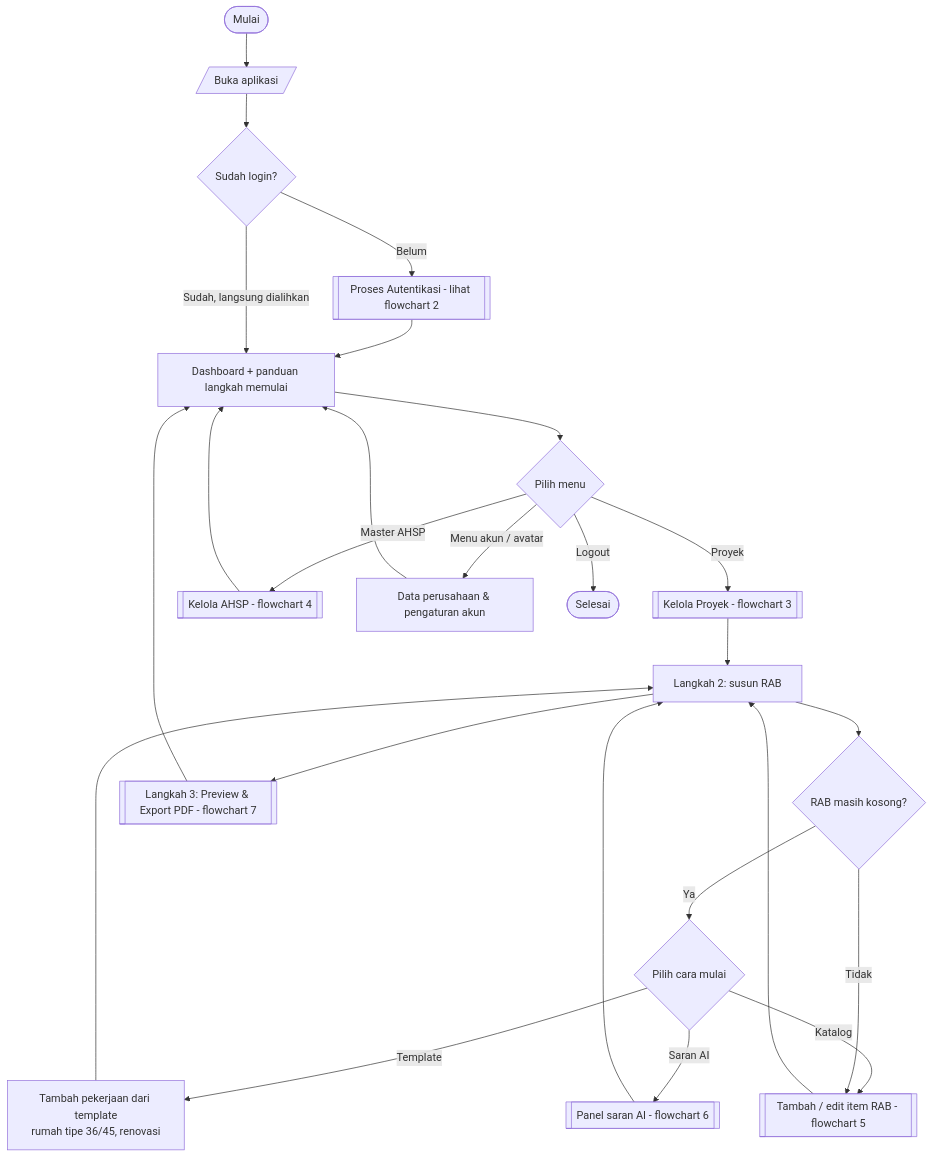
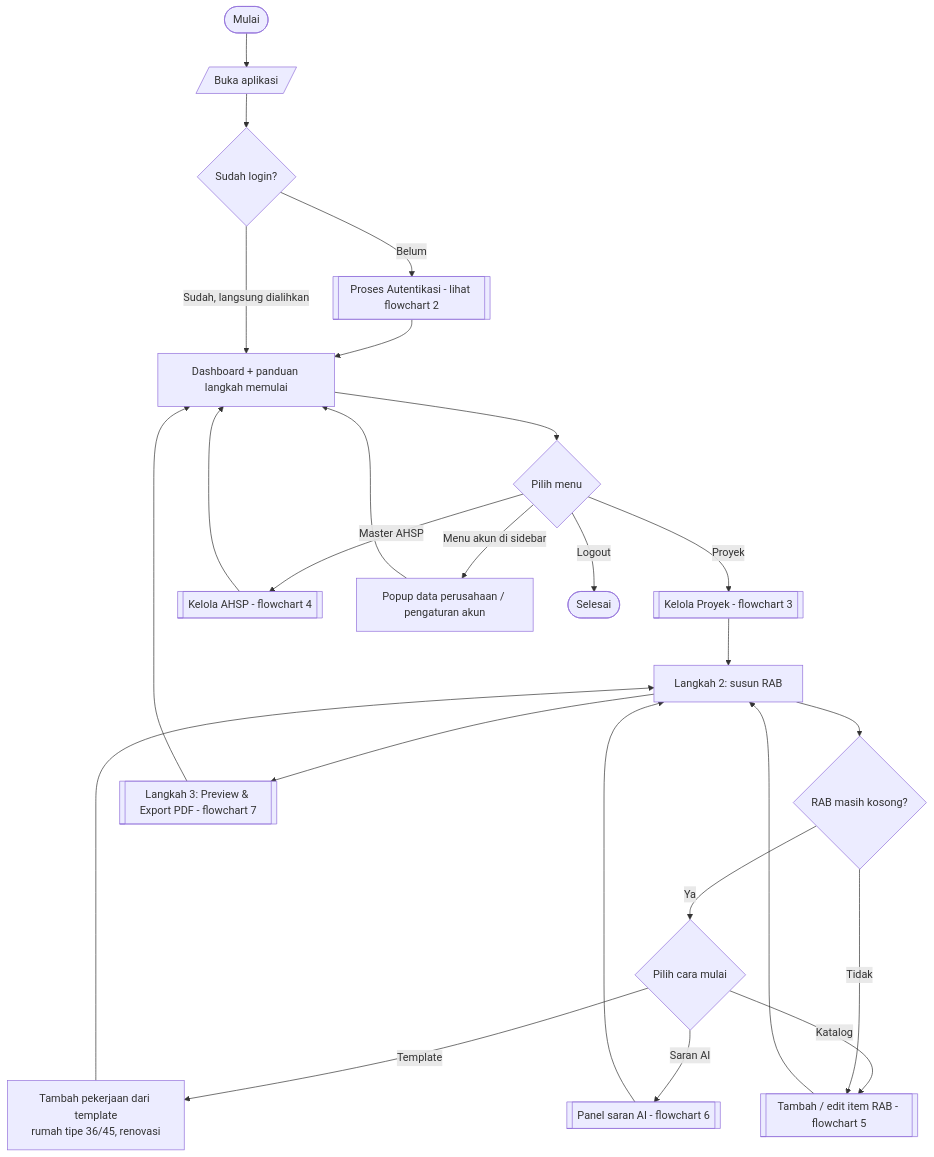
Before and after one commit to ditt1945/RAB-system: the first of 8 diagrams in docs/FLOWCHART.md, drawn with Mermaid. The commit also changed 71 other files, not shown here.

````diff
--- a/docs/FLOWCHART.md
+++ b/docs/FLOWCHART.md
@@ -13,28 +13,28 @@
 ```mermaid
 flowchart TD
     S([Mulai]) --> L[/"Buka aplikasi"/]
     L --> A{Sudah login?}
     A -->|Belum| AUTH[[Proses Autentikasi - lihat flowchart 2]]
     AUTH --> D
     A -->|Sudah, langsung dialihkan| D[Dashboard + panduan langkah memulai]
 
     D --> M{Pilih menu}
     M -->|Proyek| P[[Kelola Proyek - flowchart 3]]
     M -->|Master AHSP| H[[Kelola AHSP - flowchart 4]]
-    M -->|Menu akun / avatar| PS[Data perusahaan & pengaturan akun]
+    M -->|Menu akun di sidebar| PS[Popup data perusahaan / pengaturan akun]
     M -->|Logout| OUT([Selesai])
 
     P --> R[Langkah 2: susun RAB]
     R --> KOSONG{RAB masih kosong?}
     KOSONG -->|Ya| MULAI{Pilih cara mulai}
     MULAI -->|Template| TPL[Tambah pekerjaan dari template<br/>rumah tipe 36/45, renovasi] --> R
     MULAI -->|Saran AI| R2[[Panel saran AI - flowchart 6]]
     MULAI -->|Katalog| R1
     KOSONG -->|Tidak| R1[[Tambah / edit item RAB - flowchart 5]]
     R1 --> R
     R2 --> R
     R --> R3[[Langkah 3: Preview & Export PDF - flowchart 7]]
     R3 --> D
     H --> D
     PS --> D
 ```
````
